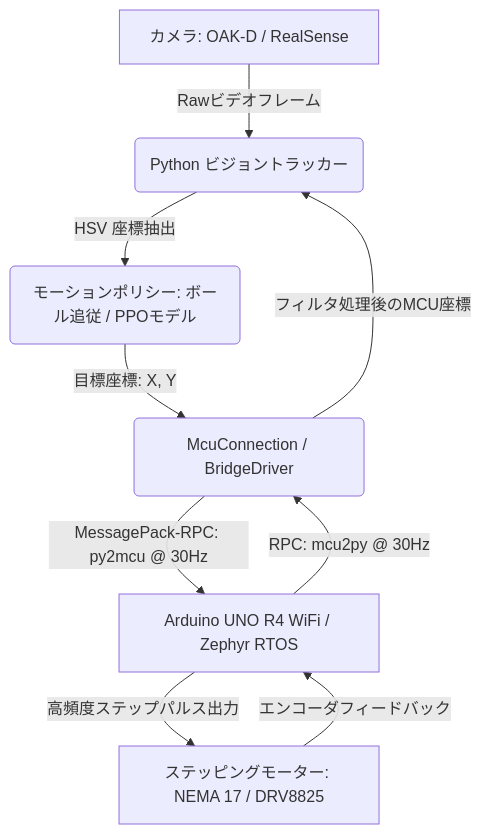
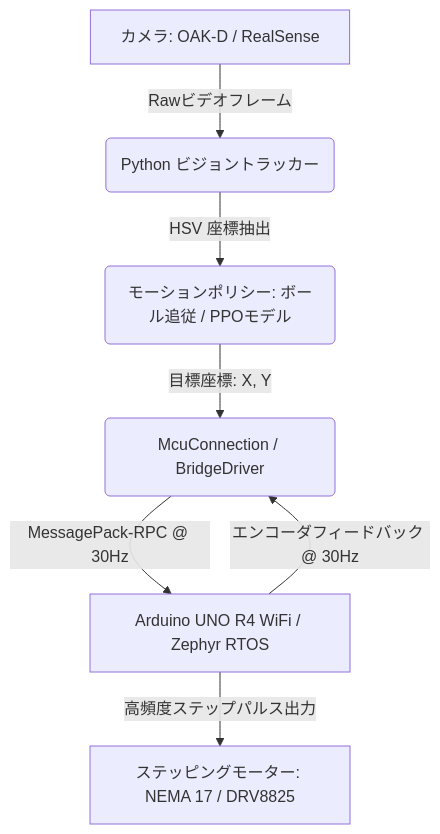
Before and after one commit to motty-mio2/roboklask: the diagram in README_ja.md, drawn with Mermaid. The commit also changed other lines of this file and 3 other files, not shown here.

````diff
--- a/README_ja.md
+++ b/README_ja.md
@@ -32,11 +40,9 @@
 ```mermaid
 graph TD
     A[カメラ: OAK-D / RealSense] -->|Rawビデオフレーム| B(Python ビジョントラッカー)
     B -->|HSV 座標抽出| C(モーションポリシー: ボール追従 / PPOモデル)
     C -->|目標座標: X, Y| D(McuConnection / BridgeDriver)
-    D -->|MessagePack-RPC: py2mcu @ 30Hz| E[Arduino UNO R4 WiFi / Zephyr RTOS]
+    D -->|MessagePack-RPC @ 30Hz| E[Arduino UNO R4 WiFi / Zephyr RTOS]
     E -->|高頻度ステップパルス出力| F[ステッピングモーター: NEMA 17 / DRV8825]
-    F -->|エンコーダフィードバック| E
-    E -->|RPC: mcu2py @ 30Hz| D
-    D -->|フィルタ処理後のMCU座標| B
+    E -->|エンコーダフィードバック @ 30Hz| D
 ```
````
